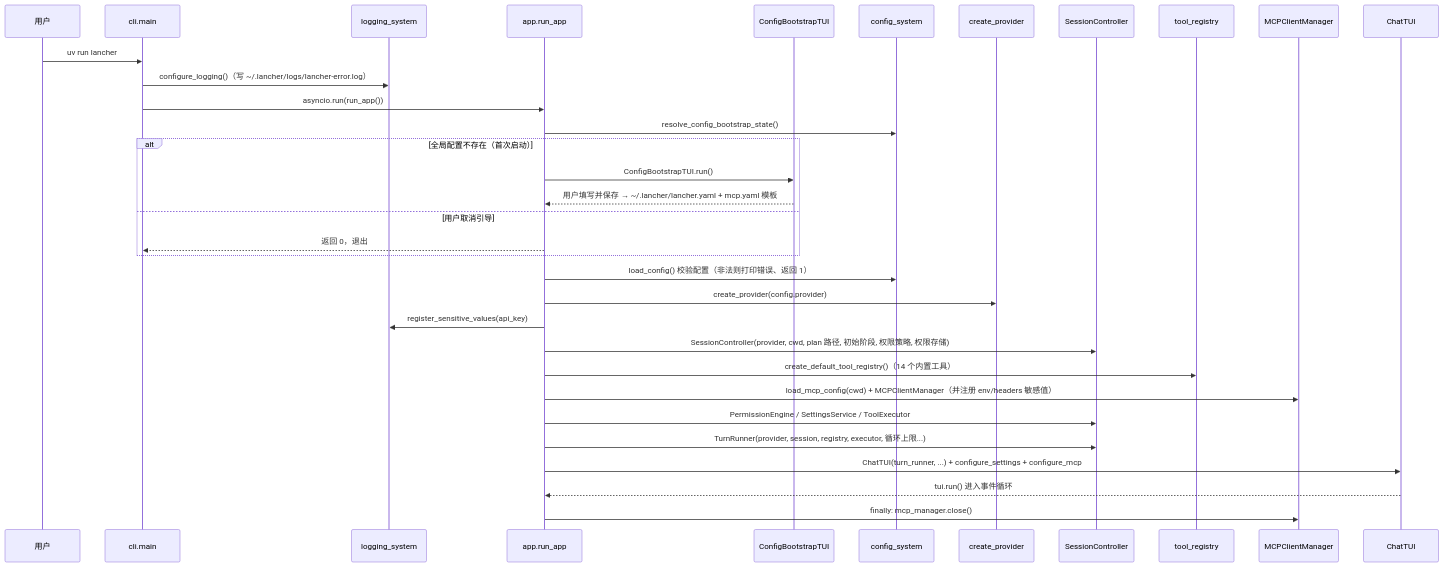
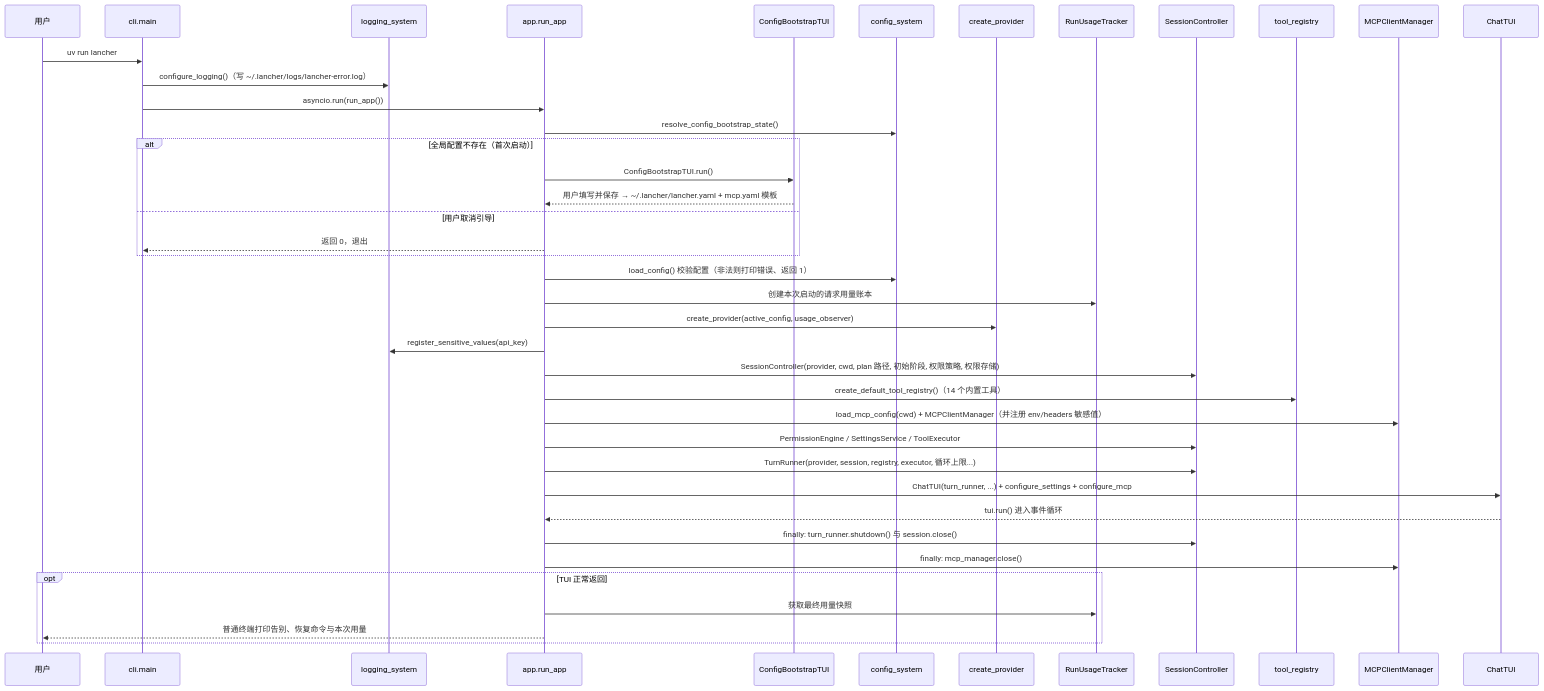
The diagram in docs/workflows/startup.md (LangYiSheng/LanCher-Code), drawn with Mermaid before and after one commit. The commit also changed other lines of this file and 31 other files, not shown here.

````diff
--- a/docs/workflows/startup.md
+++ b/docs/workflows/startup.md
@@ -7,36 +7,43 @@
 ```mermaid
 sequenceDiagram
     participant U as 用户
     participant CLI as cli.main
     participant LOG as logging_system
     participant APP as app.run_app
     participant BS as ConfigBootstrapTUI
     participant CFG as config_system
     participant PF as create_provider
+    participant USAGE as RunUsageTracker
     participant SS as SessionController
     participant REG as tool_registry
     participant MCP as MCPClientManager
     participant TUI as ChatTUI
 
     U->>CLI: uv run lancher
     CLI->>LOG: configure_logging()（写 ~/.lancher/logs/lancher-error.log）
     CLI->>APP: asyncio.run(run_app())
     APP->>CFG: resolve_config_bootstrap_state()
     alt 全局配置不存在（首次启动）
         APP->>BS: ConfigBootstrapTUI.run()
         BS-->>APP: 用户填写并保存 → ~/.lancher/lancher.yaml + mcp.yaml 模板
     else 用户取消引导
         APP-->>CLI: 返回 0，退出
     end
     APP->>CFG: load_config() 校验配置（非法则打印错误、返回 1）
-    APP->>PF: create_provider(config.provider)
+    APP->>USAGE: 创建本次启动的请求用量账本
+    APP->>PF: create_provider(active_config, usage_observer)
     APP->>LOG: register_sensitive_values(api_key)
     APP->>SS: SessionController(provider, cwd, plan 路径, 初始阶段, 权限策略, 权限存储)
     APP->>REG: create_default_tool_registry()（14 个内置工具）
     APP->>MCP: load_mcp_config(cwd) + MCPClientManager（并注册 env/headers 敏感值）
     APP->>SS: PermissionEngine / SettingsService / ToolExecutor
     APP->>SS: TurnRunner(provider, session, registry, executor, 循环上限...)
     APP->>TUI: ChatTUI(turn_runner, ...) + configure_settings + configure_mcp
     TUI-->>APP: tui.run() 进入事件循环
+    APP->>SS: finally: turn_runner.shutdown() 与 session.close()
     APP->>MCP: finally: mcp_manager.close()
+    opt TUI 正常返回
+        APP->>USAGE: 获取最终用量快照
+        APP-->>U: 普通终端打印告别、恢复命令与本次用量
+    end
 ```
````
